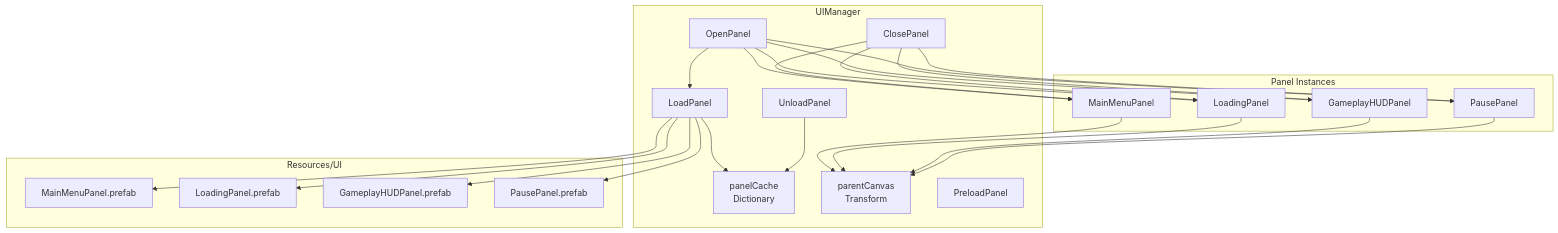
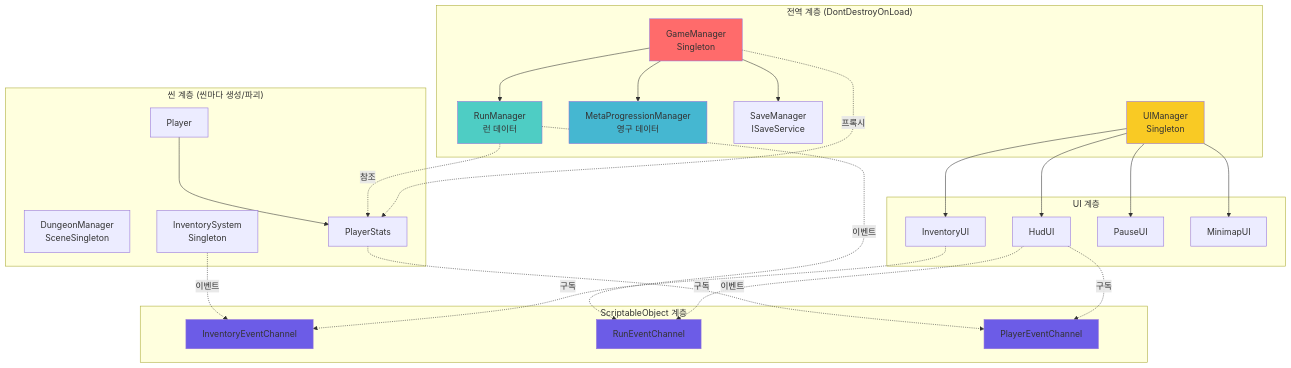
Before and after one commit to jaechang92/GAS: the first of 6 diagrams in GASPT/docs/architecture/ARCHITECTURE_DIAGRAMS.md, drawn with Mermaid. The commit also changed other lines of this file and 127 other files, not shown here.

````diff
--- a/GASPT/docs/architecture/ARCHITECTURE_DIAGRAMS.md
+++ b/GASPT/docs/architecture/ARCHITECTURE_DIAGRAMS.md
@@ -353,51 +10,58 @@
 ```mermaid
 graph TB
-    subgraph UIManager
-        Cache[panelCache<br/>Dictionary]
-        ParentCanvas[parentCanvas<br/>Transform]
+    subgraph "전역 계층 (DontDestroyOnLoad)"
+        GM[GameManager<br/>Singleton]
+        RM[RunManager<br/>런 데이터]
+        MPM[MetaProgressionManager<br/>영구 데이터]
+        SM[SaveManager<br/>ISaveService]
+        UIM[UIManager<br/>Singleton]
 
-        Load[LoadPanel]
-        Open[OpenPanel]
-        Close[ClosePanel]
-        Preload[PreloadPanel]
-        Unload[UnloadPanel]
+        GM --> RM
+        GM --> MPM
+        GM --> SM
     end
 
-    subgraph "Panel Instances"
-        MainMenu[MainMenuPanel]
-        Loading[LoadingPanel]
-        GameHUD[GameplayHUDPanel]
-        Pause[PausePanel]
+    subgraph "씬 계층 (씬마다 생성/파괴)"
+        DM[DungeonManager<br/>SceneSingleton]
+        Player[Player]
+        PS[PlayerStats]
+        INV[InventorySystem<br/>Singleton]
+
+        Player --> PS
     end
 
-    subgraph "Resources/UI"
-        PrefabMain[MainMenuPanel.prefab]
-        PrefabLoad[LoadingPanel.prefab]
-        PrefabHUD[GameplayHUDPanel.prefab]
-        PrefabPause[PausePanel.prefab]
+    subgraph "ScriptableObject 계층"
+        IEC[InventoryEventChannel]
+        REC[RunEventChannel]
+        PEC[PlayerEventChannel]
     end
 
-    Load --> Cache
-    Load --> PrefabMain
-    Load --> PrefabLoad
-    Load --> PrefabHUD
-    Load --> PrefabPause
+    subgraph "UI 계층"
+        IUI[InventoryUI]
+        HUI[HudUI]
+        PUI[PauseUI]
+        MUI[MinimapUI]
 
-    Open --> Load
-    Open --> MainMenu
-    Open --> Loading
-    Open --> GameHUD
-    Open --> Pause
+        UIM --> IUI
+        UIM --> HUI
+        UIM --> PUI
+        UIM --> MUI
+    end
 
-    Close --> MainMenu
-    Close --> Loading
-    Close --> GameHUD
-    Close --> Pause
+    RM -.참조.-> PS
+    GM -.프록시.-> PS
+    INV -.이벤트.-> IEC
+    RM -.이벤트.-> REC
+    PS -.이벤트.-> PEC
+    IUI -.구독.-> IEC
+    HUI -.구독.-> REC
+    HUI -.구독.-> PEC
 
-    Unload --> Cache
-
-    MainMenu --> ParentCanvas
-    Loading --> ParentCanvas
-    GameHUD --> ParentCanvas
-    Pause --> ParentCanvas
+    style GM fill:#ff6b6b
+    style RM fill:#4ecdc4
+    style MPM fill:#45b7d1
+    style UIM fill:#f9ca24
+    style IEC fill:#6c5ce7
+    style REC fill:#6c5ce7
+    style PEC fill:#6c5ce7
 ```
````
